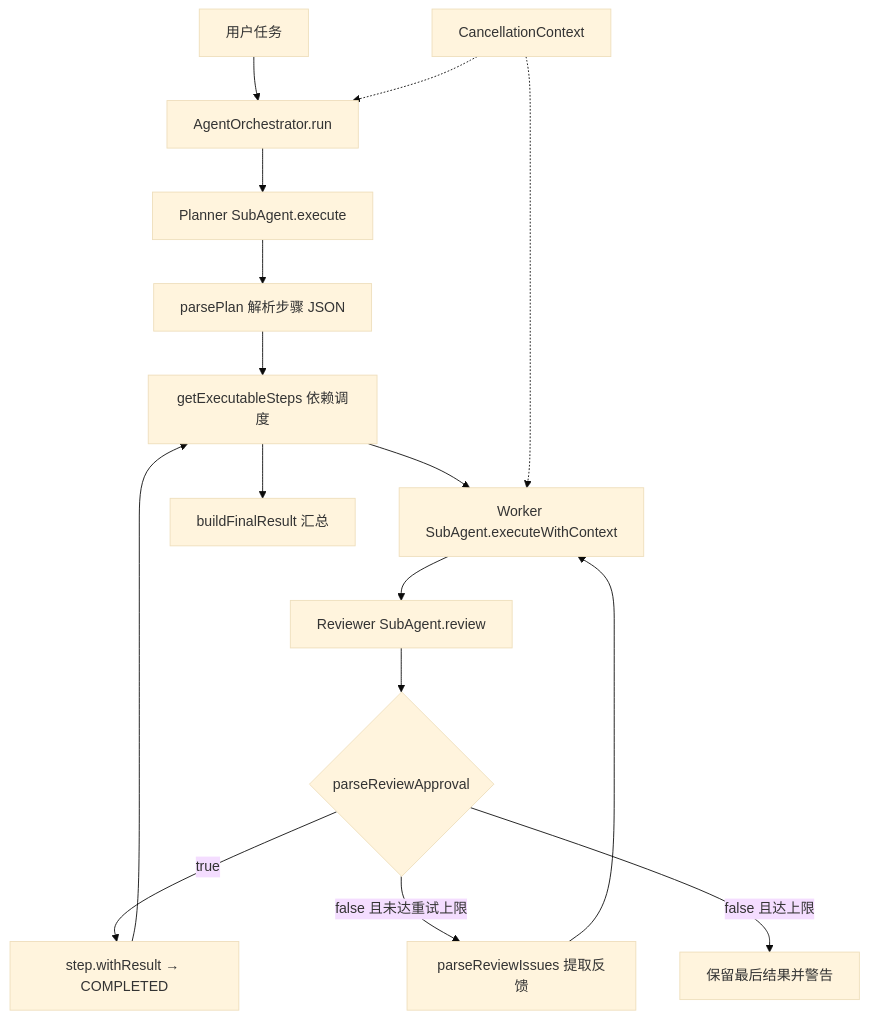
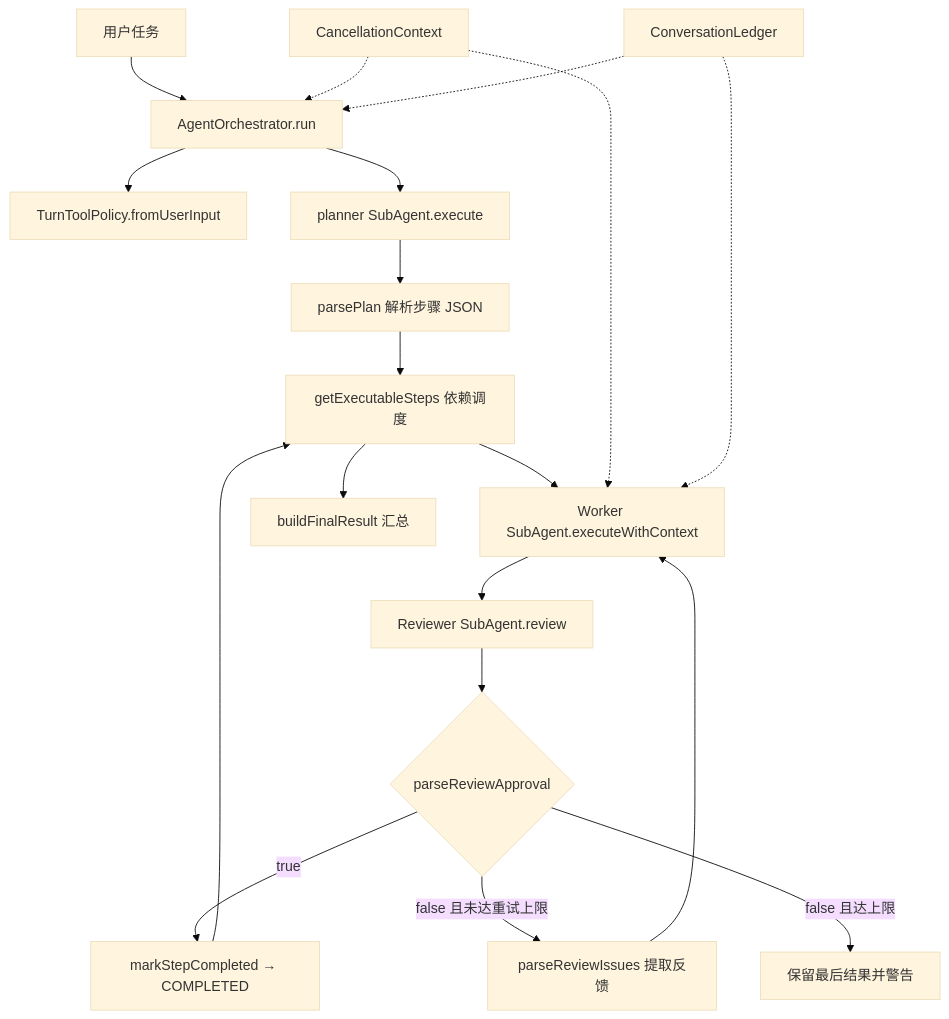
The first of 2 diagrams in docs/dev/03-multi-agent-collaboration.md (zgjdev/Code-Agent), drawn with Mermaid (base theme) before and after one commit. The commit also changed other lines of this file and 5 other files, not shown here.

````diff
--- a/docs/dev/03-multi-agent-collaboration.md
+++ b/docs/dev/03-multi-agent-collaboration.md
@@ -35,18 +43,21 @@
 ```mermaid
 flowchart TD
     U[用户任务] --> O[AgentOrchestrator.run]
-    O --> P[Planner SubAgent.execute]
+    O --> TP[TurnToolPolicy.fromUserInput]
+    O --> P[planner SubAgent.execute]
     P --> J[parsePlan 解析步骤 JSON]
     J --> D[getExecutableSteps 依赖调度]
     D --> W[Worker SubAgent.executeWithContext]
     W --> R[Reviewer SubAgent.review]
     R --> A{parseReviewApproval}
-    A -- true --> C[step.withResult → COMPLETED]
+    A -- true --> C[markStepCompleted → COMPLETED]
     A -- false 且未达重试上限 --> F[parseReviewIssues 提取反馈]
     F --> W
     A -- false 且达上限 --> K[保留最后结果并警告]
     C --> D
     D --> S[buildFinalResult 汇总]
     X[CancellationContext] -.-> O
     X -.-> W
+    L[ConversationLedger] -.-> O
+    L -.-> W
 ```
````
